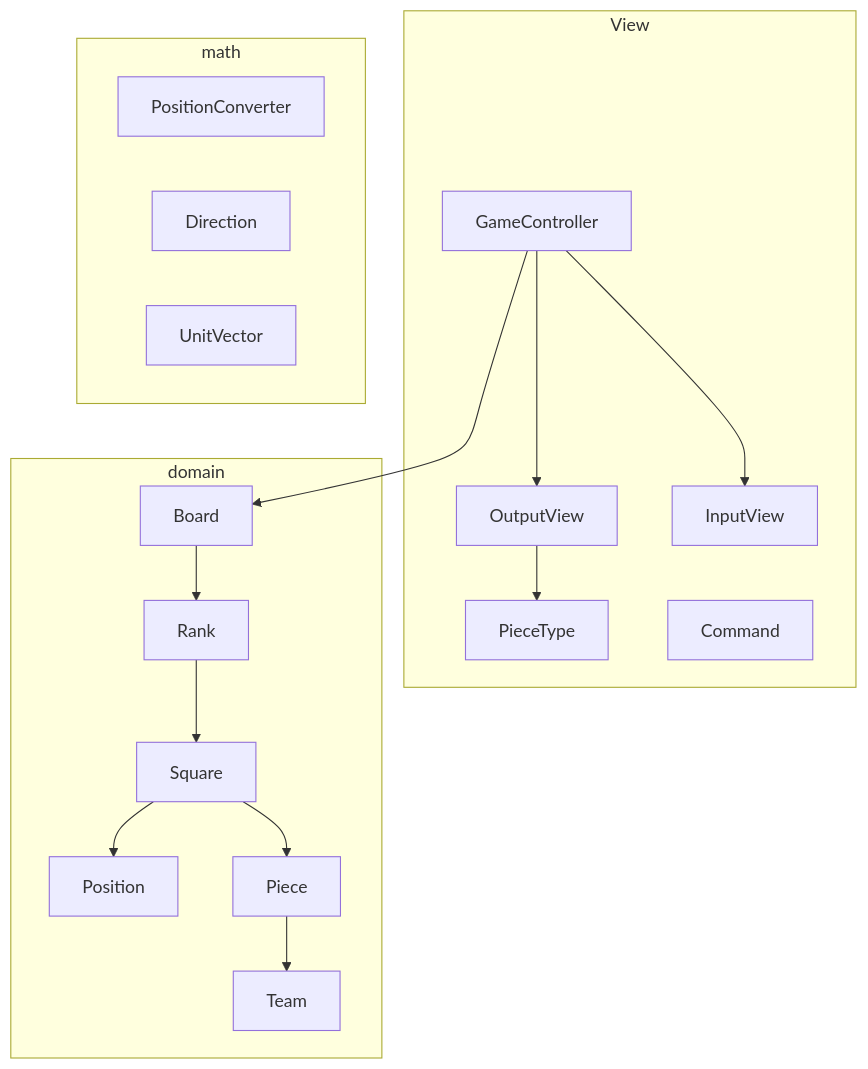
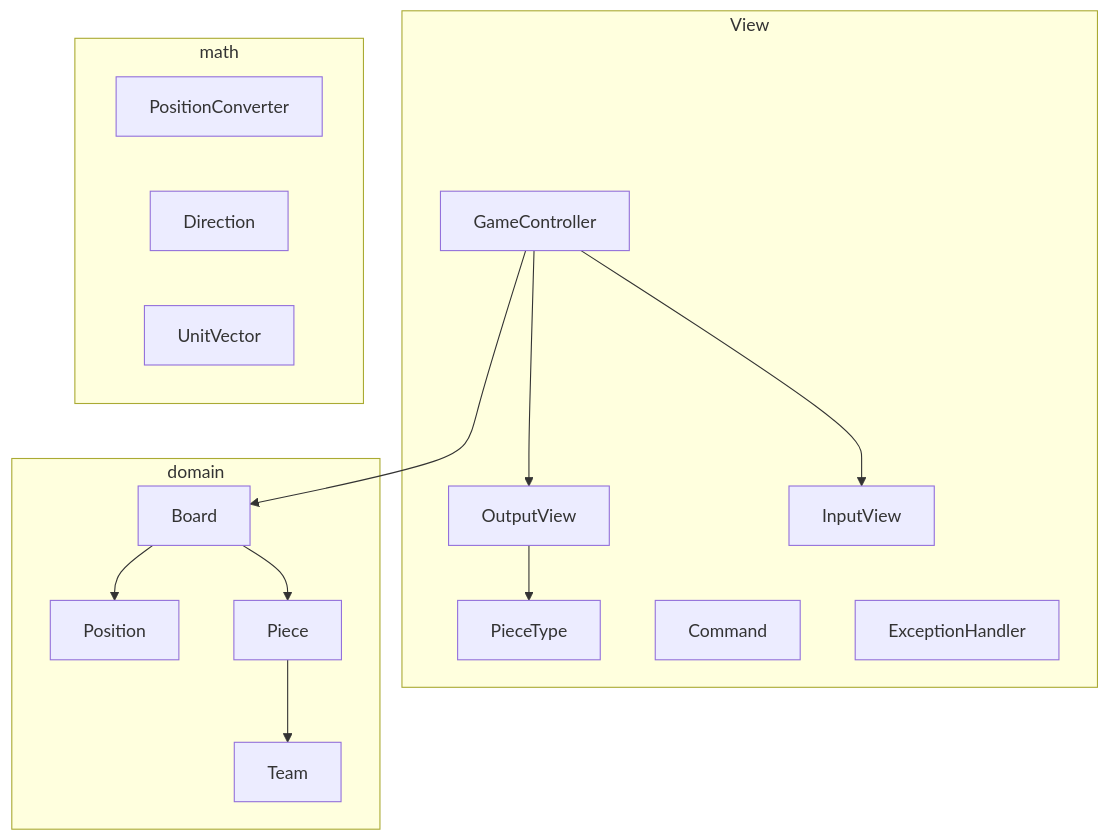
One commit to woowacourse/java-chess changed the diagram in README.md. Above: the diagram before and after it, drawn with Mermaid.

Commit message:
docs(README): 클래스 다이어그램 수정

````diff
--- a/README.md
+++ b/README.md
@@ -9,24 +9,23 @@
 ```mermaid
 graph TD
     subgraph View
         GameController --> OutputView
         GameController --> InputView
         OutputView --> PieceType
         Command
+        ExceptionHandler
     end
 
     subgraph domain
         GameController --> Board
-        Board --> Rank
-        Rank --> Square
-        Square --> Position
-        Square --> Piece
+        Board --> Position
+        Board --> Piece
         Piece --> Team
     end
 
     subgraph math
         PositionConverter
         Direction
         UnitVector
     end
 ```
````
